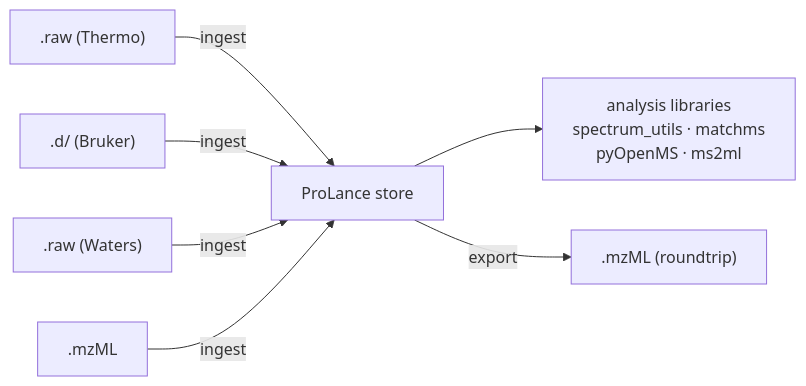
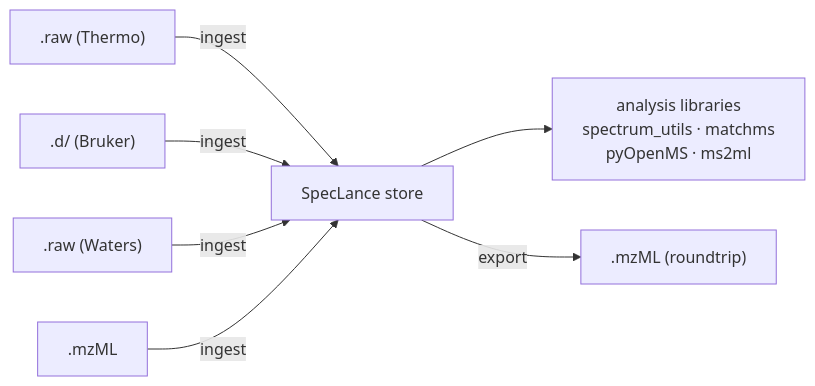
One commit to Sigilweaver/SpecLance changed the diagram in README.md. Above: the diagram before and after it, drawn with Mermaid. The commit also changed other lines of this file and 70 other files, not shown here.

First line of the commit message:
rename: ProLance -> SpecLance

````diff
--- a/README.md
+++ b/README.md
@@ -26,20 +26,20 @@
 ```mermaid
 flowchart LR
     thermo[".raw (Thermo)"]
     bruker[".d/ (Bruker)"]
     waters[".raw (Waters)"]
     mzml_in[".mzML"]
 
-    store["ProLance store"]
+    store["SpecLance store"]
 
     libs["analysis libraries\nspectrum_utils · matchms\npyOpenMS · ms2ml"]
     mzml_out[".mzML (roundtrip)"]
 
     thermo -- ingest --> store
     bruker -- ingest --> store
     waters -- ingest --> store
     mzml_in -- ingest --> store
 
     store --> libs
     store -- export --> mzml_out
 ```
````
